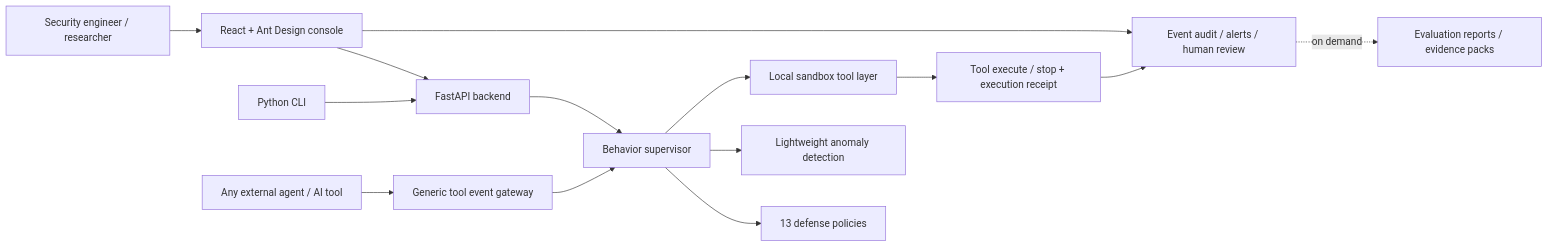
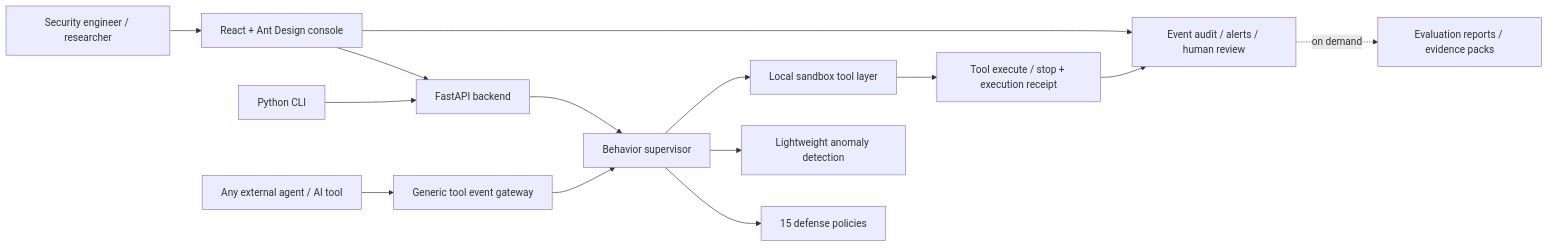
Before and after one commit to Chengxiaoyu1119/AgentBulwark: the diagram in README_EN.md, drawn with Mermaid. The commit also changed other lines of this file, not shown here.

````diff
--- a/README_EN.md
+++ b/README_EN.md
@@ -68,16 +68,16 @@
 ```mermaid
 flowchart LR
   User["Security engineer / researcher"] --> UI["React + Ant Design console"]
   UI --> API["FastAPI backend"]
   CLI["Python CLI"] --> API
   External["Any external agent / AI tool"] --> Gateway["Generic tool event gateway"]
   Gateway --> Supervisor["Behavior supervisor"]
   API --> Supervisor
-  Supervisor --> Policies["13 defense policies"]
+  Supervisor --> Policies["15 defense policies"]
   Supervisor --> Anomaly["Lightweight anomaly detection"]
   Supervisor --> Sandbox["Local sandbox tool layer"]
   Sandbox --> Receipt["Tool execute / stop + execution receipt"]
   Receipt --> Audit["Event audit / alerts / human review"]
   Audit -.on demand.-> Evidence["Evaluation reports / evidence packs"]
   UI --> Audit
 ```
````
